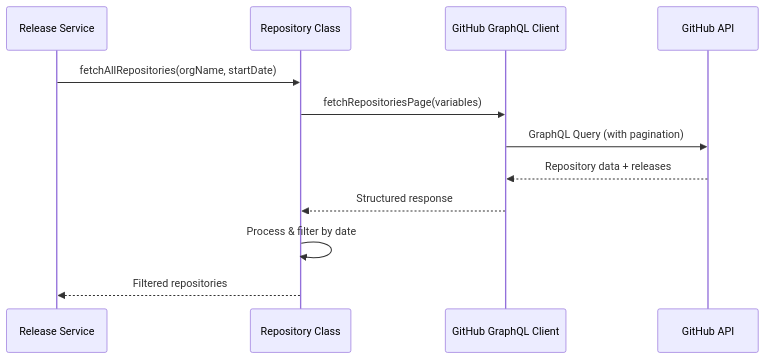
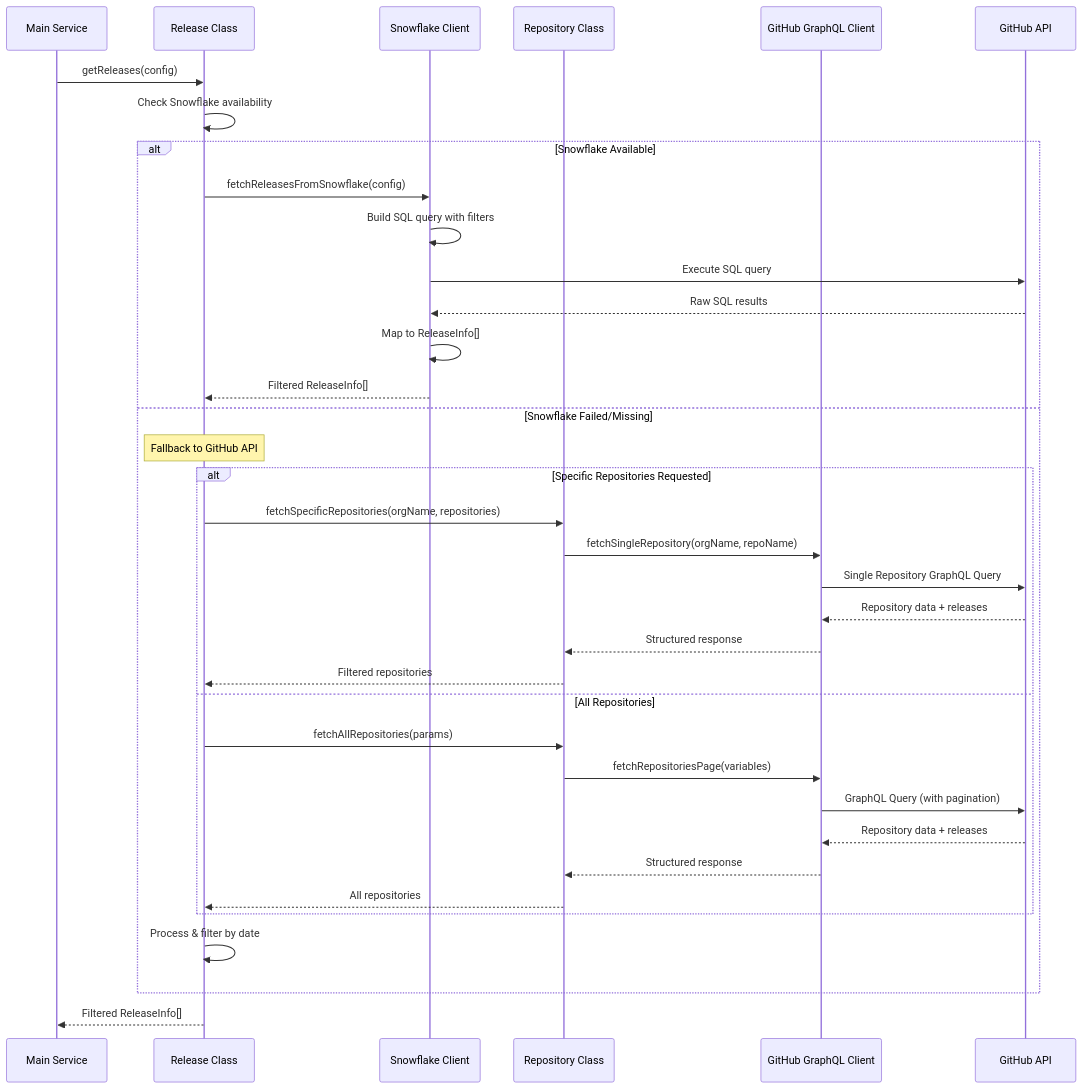
The second of 5 diagrams in ARCHITECTURE.md (akhilarsh/github-release-digest), drawn with Mermaid before and after one commit. The commit also changed other lines of this file and 1 other file, not shown here.

First line of the commit message:
Update docs for AI, Snowflake, and advanced features

````diff
--- a/ARCHITECTURE.md
+++ b/ARCHITECTURE.md
@@ -53,15 +72,40 @@
 ```mermaid
 sequenceDiagram
-    participant Service as Release Service
+    participant Main as Main Service
+    participant Release as Release Class
+    participant SF as Snowflake Client
     participant Repo as Repository Class
     participant GQL as GitHub GraphQL Client
     participant API as GitHub API
     
-    Service->>Repo: fetchAllRepositories(orgName, startDate)
-    Repo->>GQL: fetchRepositoriesPage(variables)
-    GQL->>API: GraphQL Query (with pagination)
-    API-->>GQL: Repository data + releases
-    GQL-->>Repo: Structured response
-    Repo->>Repo: Process & filter by date
-    Repo-->>Service: Filtered repositories
+    Main->>Release: getReleases(config)
+    Release->>Release: Check Snowflake availability
+    
+    alt Snowflake Available
+        Release->>SF: fetchReleasesFromSnowflake(config)
+        SF->>SF: Build SQL query with filters
+        SF->>API: Execute SQL query
+        API-->>SF: Raw SQL results
+        SF->>SF: Map to ReleaseInfo[]
+        SF-->>Release: Filtered ReleaseInfo[]
+    else Snowflake Failed/Missing
+        Note over Release: Fallback to GitHub API
+        alt Specific Repositories Requested
+            Release->>Repo: fetchSpecificRepositories(orgName, repositories)
+            Repo->>GQL: fetchSingleRepository(orgName, repoName)
+            GQL->>API: Single Repository GraphQL Query
+            API-->>GQL: Repository data + releases
+            GQL-->>Repo: Structured response
+            Repo-->>Release: Filtered repositories
+        else All Repositories
+            Release->>Repo: fetchAllRepositories(params)
+            Repo->>GQL: fetchRepositoriesPage(variables)
+            GQL->>API: GraphQL Query (with pagination)
+            API-->>GQL: Repository data + releases
+            GQL-->>Repo: Structured response
+            Repo-->>Release: All repositories
+        end
+        Release->>Release: Process & filter by date
+    end
+    Release-->>Main: Filtered ReleaseInfo[]
 ```
````
